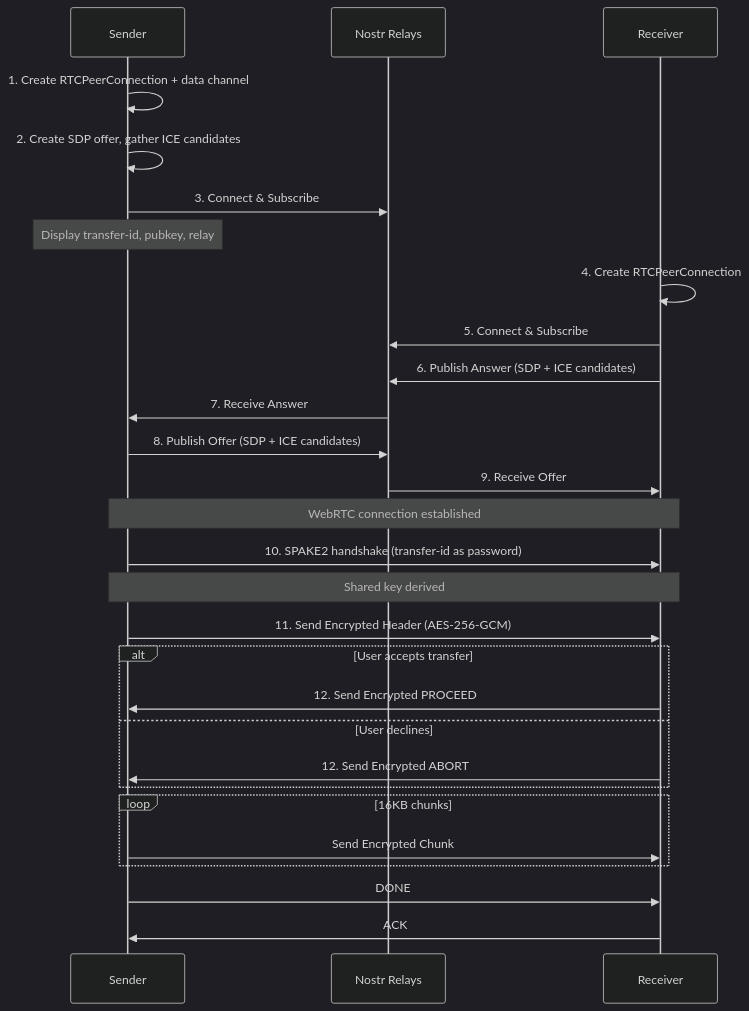
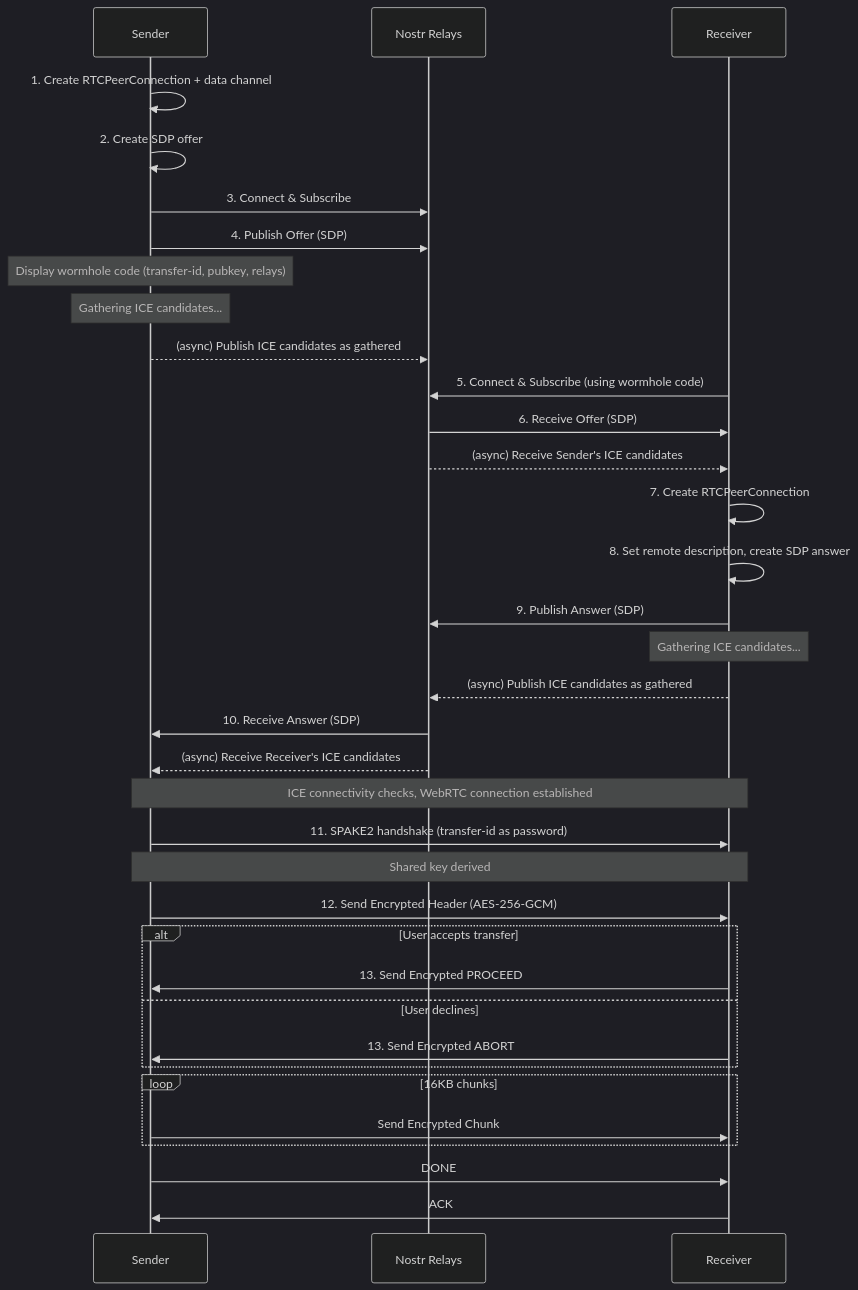
The third of 4 diagrams in docs/ARCHITECTURE.md (andrewtheguy/wormhole-rs), drawn with Mermaid (dark theme) before and after one commit.

Commit message:
refactor: Update WebRTC sequence diagram for clarity and accuracy

````diff
--- a/docs/ARCHITECTURE.md
+++ b/docs/ARCHITECTURE.md
@@ -107,39 +107,49 @@
 ```mermaid
 sequenceDiagram
     participant Sender
     participant Nostr as Nostr Relays
     participant Receiver
 
     Sender->>Sender: 1. Create RTCPeerConnection + data channel
-    Sender->>Sender: 2. Create SDP offer, gather ICE candidates
+    Sender->>Sender: 2. Create SDP offer
     Sender->>Nostr: 3. Connect & Subscribe
+    Sender->>Nostr: 4. Publish Offer (SDP)
 
-    Note over Sender: Display transfer-id, pubkey, relay
+    Note over Sender: Display wormhole code (transfer-id, pubkey, relays)
+    Note over Sender: Gathering ICE candidates...
 
-    Receiver->>Receiver: 4. Create RTCPeerConnection
-    Receiver->>Nostr: 5. Connect & Subscribe
-    Receiver->>Nostr: 6. Publish Answer (SDP + ICE candidates)
+    Sender-->>Nostr: (async) Publish ICE candidates as gathered
 
-    Nostr->>Sender: 7. Receive Answer
-    Sender->>Nostr: 8. Publish Offer (SDP + ICE candidates)
-    Nostr->>Receiver: 9. Receive Offer
+    Receiver->>Nostr: 5. Connect & Subscribe (using wormhole code)
+    Nostr->>Receiver: 6. Receive Offer (SDP)
+    Nostr-->>Receiver: (async) Receive Sender's ICE candidates
 
-    Note over Sender,Receiver: WebRTC connection established
+    Receiver->>Receiver: 7. Create RTCPeerConnection
+    Receiver->>Receiver: 8. Set remote description, create SDP answer
+    Receiver->>Nostr: 9. Publish Answer (SDP)
 
-    Sender->>Receiver: 10. SPAKE2 handshake (transfer-id as password)
+    Note over Receiver: Gathering ICE candidates...
+    Receiver-->>Nostr: (async) Publish ICE candidates as gathered
+
+    Nostr->>Sender: 10. Receive Answer (SDP)
+    Nostr-->>Sender: (async) Receive Receiver's ICE candidates
+
+    Note over Sender,Receiver: ICE connectivity checks, WebRTC connection established
+
+    Sender->>Receiver: 11. SPAKE2 handshake (transfer-id as password)
     Note over Sender,Receiver: Shared key derived
 
-    Sender->>Receiver: 11. Send Encrypted Header (AES-256-GCM)
+    Sender->>Receiver: 12. Send Encrypted Header (AES-256-GCM)
     alt User accepts transfer
-        Receiver->>Sender: 12. Send Encrypted PROCEED
+        Receiver->>Sender: 13. Send Encrypted PROCEED
     else User declines
-        Receiver->>Sender: 12. Send Encrypted ABORT
+        Receiver->>Sender: 13. Send Encrypted ABORT
     end
 
     loop 16KB chunks
         Sender->>Receiver: Send Encrypted Chunk
     end
 
     Sender->>Receiver: DONE
     Receiver->>Sender: ACK
 ```
````
